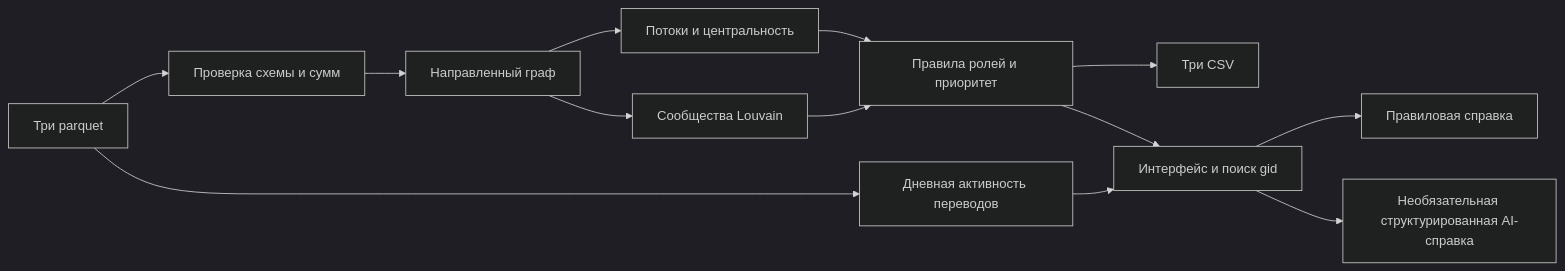
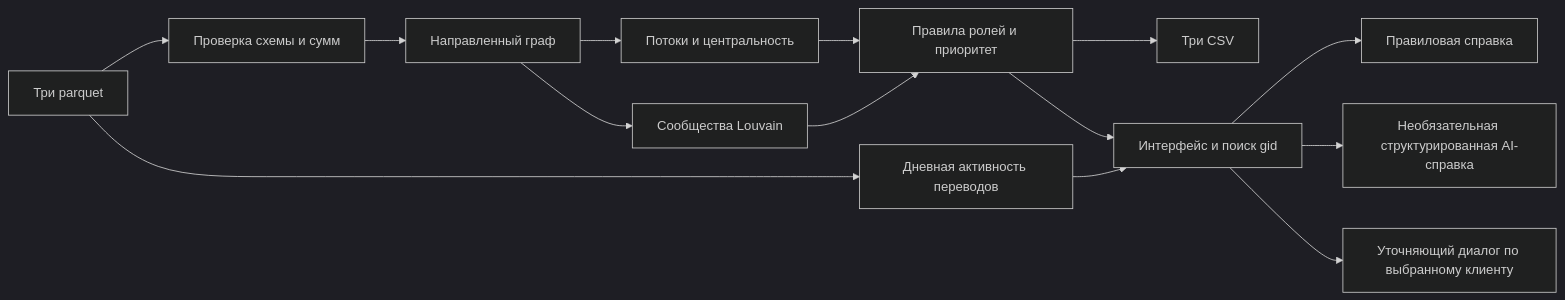
Before and after one commit to BAITC-Hacks/hack-f40a9595-ayan-solutions: the diagram in docs/architecture.md, drawn with Mermaid (dark theme). The commit also changed other lines of this file and 13 other files, not shown here.

````diff
--- a/docs/architecture.md
+++ b/docs/architecture.md
@@ -3,15 +3,16 @@
 ```mermaid
 flowchart LR
     A[Три parquet] --> B[Проверка схемы и сумм]
     B --> C[Направленный граф]
     C --> D[Потоки и центральность]
     C --> E[Сообщества Louvain]
     A --> T[Дневная активность переводов]
     D --> F[Правила ролей и приоритет]
     E --> F
     F --> G[Три CSV]
     F --> H[Интерфейс и поиск gid]
     T --> H
     H --> I[Правиловая справка]
     H --> J[Необязательная структурированная AI-справка]
+    H --> K[Уточняющий диалог по выбранному клиенту]
 ```
````
